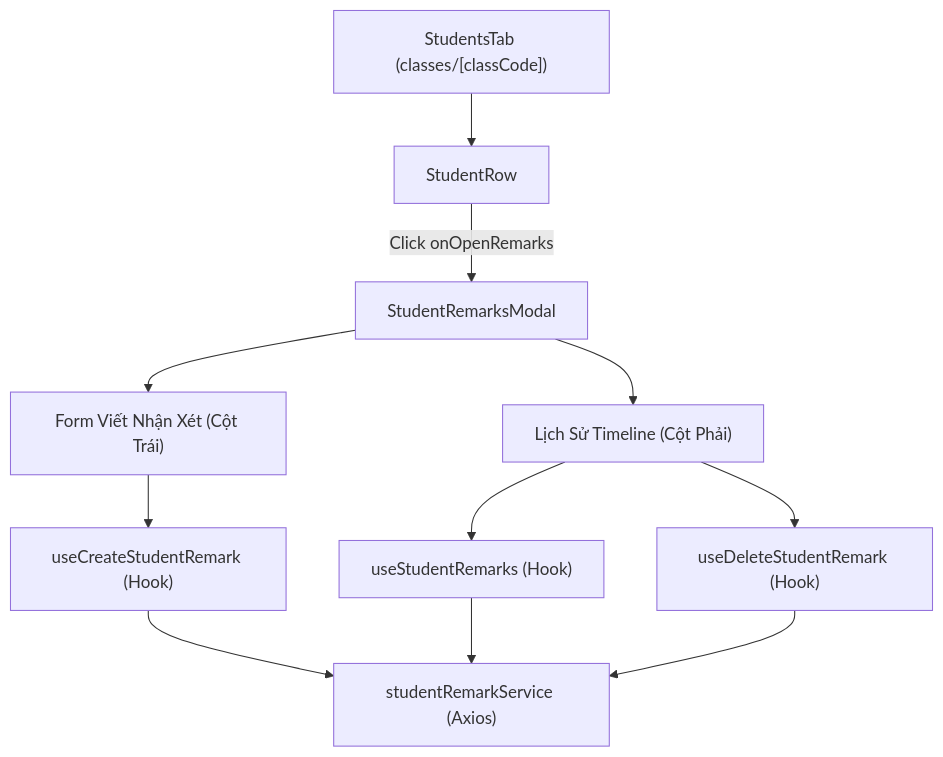
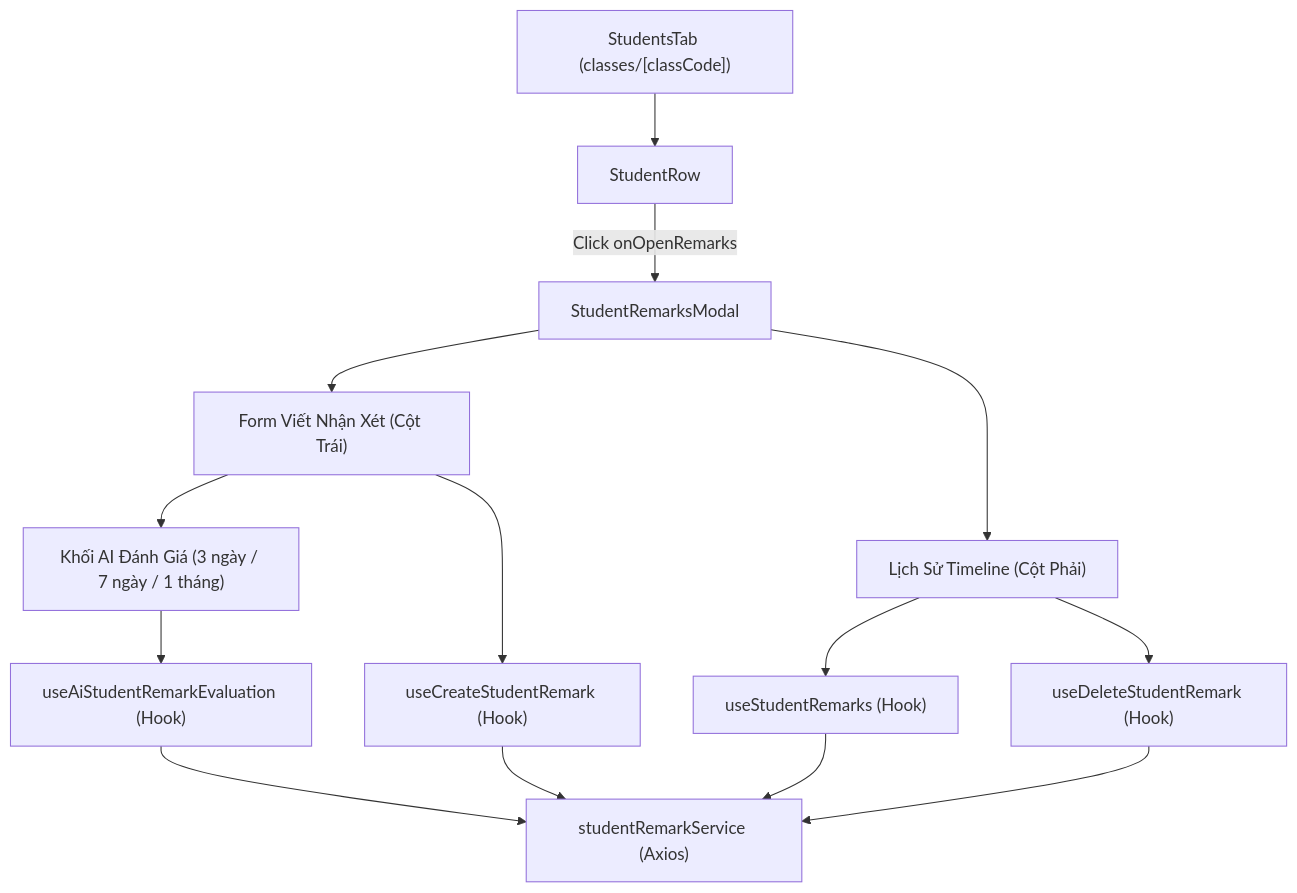
One commit to pmt1841/MathClass-fe changed the diagram in specs/student-remark-frontend-spec.md. Above: the diagram before and after it, drawn with Mermaid. The commit also changed other lines of this file and 11 other files, not shown here.

````diff
--- a/specs/student-remark-frontend-spec.md
+++ b/specs/student-remark-frontend-spec.md
@@ -40,13 +50,16 @@
 ```mermaid
 graph TD
     A["StudentsTab (classes/[classCode])"] --> B["StudentRow"]
     B -- Click onOpenRemarks --> C["StudentRemarksModal"]
     C --> D["Form Viết Nhận Xét (Cột Trái)"]
     C --> E["Lịch Sử Timeline (Cột Phải)"]
-    D --> F["useCreateStudentRemark (Hook)"]
-    E --> G["useStudentRemarks (Hook)"]
-    E --> H["useDeleteStudentRemark (Hook)"]
-    F --> I["studentRemarkService (Axios)"]
-    G --> I
-    H --> I
+    D --> F["Khối AI Đánh Giá (3 ngày / 7 ngày / 1 tháng)"]
+    F --> G["useAiStudentRemarkEvaluation (Hook)"]
+    D --> H["useCreateStudentRemark (Hook)"]
+    E --> I["useStudentRemarks (Hook)"]
+    E --> J["useDeleteStudentRemark (Hook)"]
+    G --> K["studentRemarkService (Axios)"]
+    H --> K
+    I --> K
+    J --> K
 ```
````
